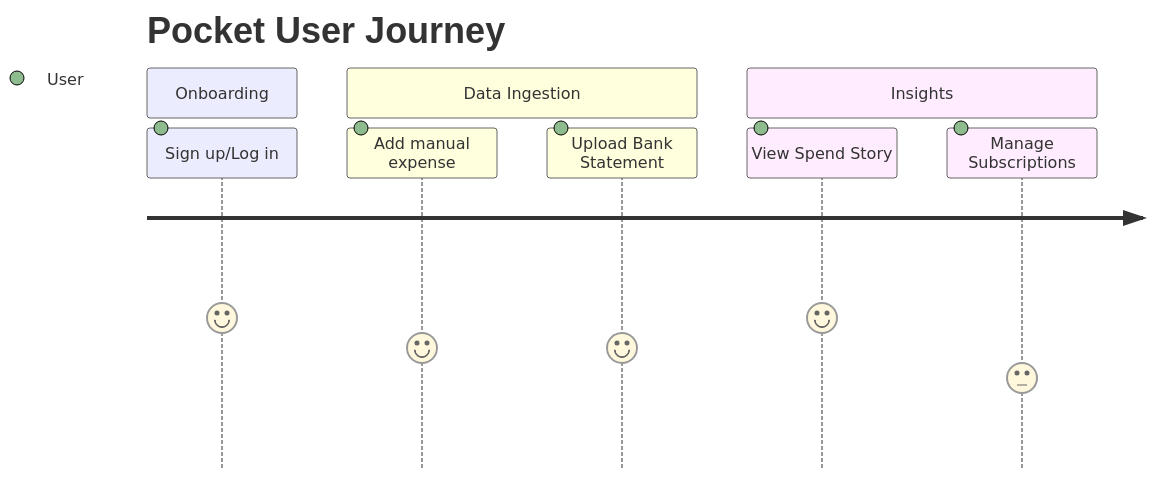
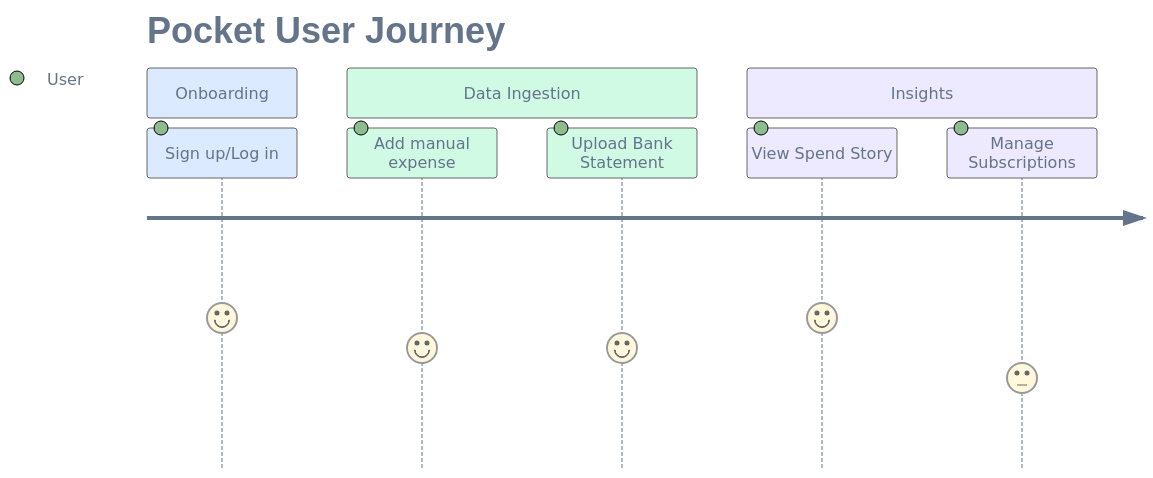
One commit to Adamya-Varshney/Pocket changed the second of 10 diagrams in README.md. Above: the diagram before and after it, drawn with Mermaid. The commit also changed other lines of this file, not shown here.

First line of the commit message:
docs(readme): restyle diagrams with a bright, sharp visual theme (#4)

````diff
--- a/README.md
+++ b/README.md
@@ -100,12 +101,13 @@
 ```mermaid
+%%{init: {"theme":"base","themeVariables":{"fontFamily":"Inter, Segoe UI, Helvetica Neue, Arial, sans-serif","textColor":"#64748B","fillType0":"#DBEAFE","fillType1":"#D1FAE5","fillType2":"#EDE9FE","fillType3":"#DBEAFE","fillType4":"#D1FAE5","fillType5":"#EDE9FE","fillType6":"#DBEAFE","fillType7":"#D1FAE5","primaryColor":"#FFFFFF","primaryBorderColor":"#2563EB","primaryTextColor":"#0F172A","lineColor":"#94A3B8","faceColor":"#FDE68A","actorBkg":"#6366F1","actor0":"#6366F1"},"journey":{"actorColours":["#6366F1"],"sectionFills":["#DBEAFE","#D1FAE5","#EDE9FE"],"sectionColours":["#1D4ED8","#047857","#6D28D9"]}}}%%
 journey
     title Pocket User Journey
     section Onboarding
       Sign up/Log in: 5: User
     section Data Ingestion
       Add manual expense: 4: User
       Upload Bank Statement: 4: User
     section Insights
       View Spend Story: 5: User
       Manage Subscriptions: 3: User
 ```
````
